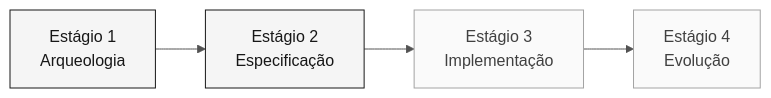
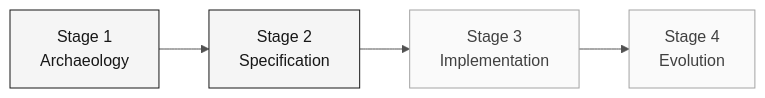
The diagram in 05-personas/01-product-owner/PERSONA.md (paulasilvatech/datacorp-mm-team-kit), drawn with Mermaid before and after one commit. The commit also changed other lines of this file and 163 other files, not shown here.

````diff
--- a/05-personas/01-product-owner/PERSONA.md
+++ b/05-personas/01-product-owner/PERSONA.md
@@ -34,11 +34,11 @@
 ```mermaid
 %%{init: {'theme':'neutral','themeVariables':{'fontFamily':'ui-sans-serif, system-ui, sans-serif','primaryColor':'#F5F5F5','primaryTextColor':'#171717','primaryBorderColor':'#171717','lineColor':'#525252','secondaryColor':'#FFFFFF','tertiaryColor':'#FAFAFA','background':'#FFFFFF'}}}%%
 flowchart LR
     classDef active fill:#F5F5F5,stroke:#171717,color:#171717
     classDef support fill:#FAFAFA,stroke:#A3A3A3,color:#404040
     classDef inactive fill:#FFFFFF,stroke:#E5E5E5,color:#A3A3A3
 
-    E1["Estágio 1<br/>Arqueologia"]:::active --> E2["Estágio 2<br/>Especificação"]:::active
-    E2 --> E3["Estágio 3<br/>Implementação"]:::support
-    E3 --> E4["Estágio 4<br/>Evolução"]:::support
+    E1["Stage 1<br/>Archaeology"]:::active --> E2["Stage 2<br/>Specification"]:::active
+    E2 --> E3["Stage 3<br/>Implementation"]:::support
+    E3 --> E4["Stage 4<br/>Evolution"]:::support
 ```
````
